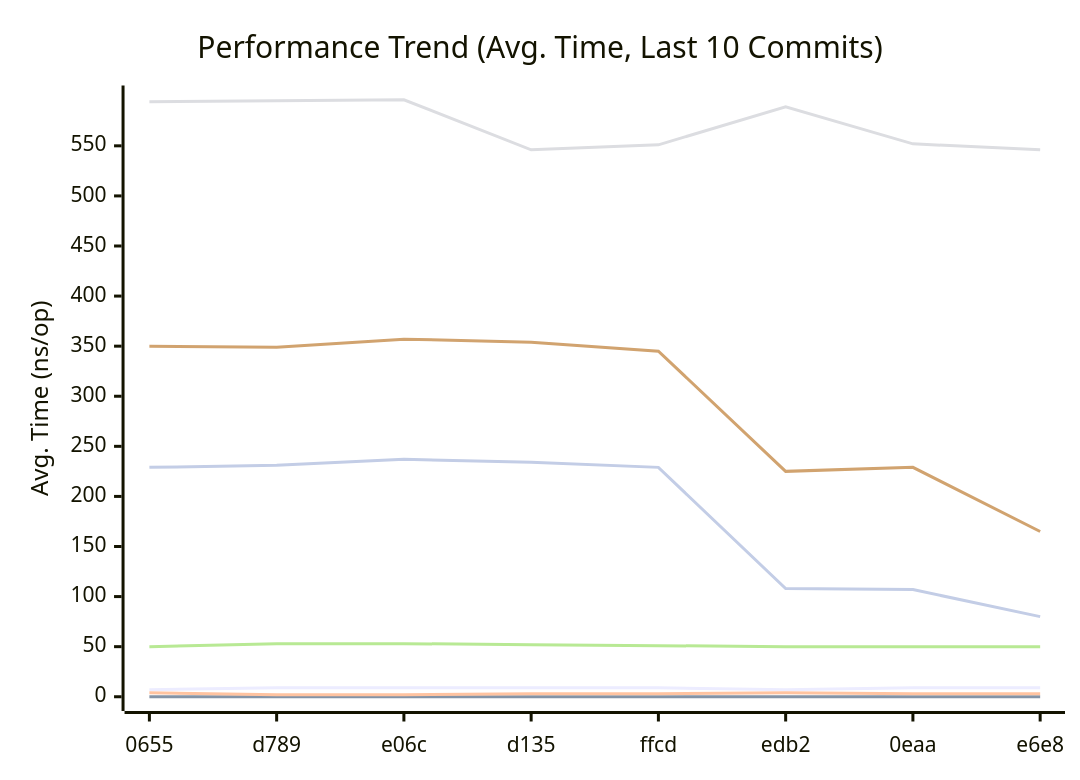
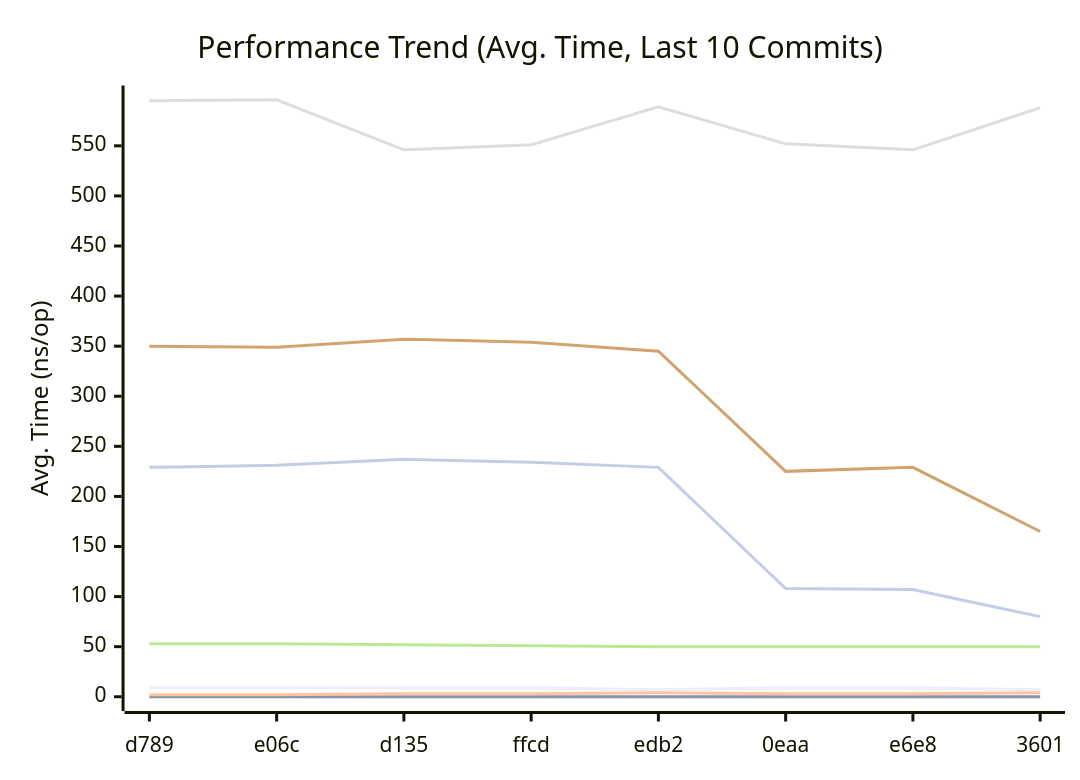
The first of 3 diagrams in docs/README.md (alsotoes/momo), drawn with Mermaid before and after one commit. The commit also changed other lines of this file and 1 other file, not shown here.

````diff
--- a/docs/README.md
+++ b/docs/README.md
@@ -303,14 +303,14 @@
 ```mermaid
 xychart-beta
     title "Performance Trend (Avg. Time, Last 10 Commits)"
     x-axis "Commit"
     y-axis "Avg. Time (ns/op)"
-    x-axis [0655,d789,e06c,d135,ffcd,edb2,0eaa,e6e8]
-    line "CheckMetricsAndSwap" [7,9,9,9,9,7,9,9,7,9]
+    x-axis [d789,e06c,d135,ffcd,edb2,0eaa,e6e8,3601]
+    line "CheckMetricsAndSwap" [9,9,9,9,7,9,9,7,9,9]
     line "IndexDirectTracking" [0,0,0,0,0,0,0,0,0,0]
-    line "IndexSearch" [4,2,2,3,3,4,3,3,4,3]
-    line "LoadGlobalConfig" [594,595,596,546,551,589,552,546,588,596]
-    line "PadString" [50,53,53,52,51,50,50,50,50,53]
+    line "IndexSearch" [2,2,3,3,4,3,3,4,3,4]
+    line "LoadGlobalConfig" [595,596,546,551,589,552,546,588,596,608]
+    line "PadString" [53,53,52,51,50,50,50,50,53,53]
     line "ParseReplicationOrder_NoPrealloc" [350,349,357,354,345,225,229,165,232,234]
     line "ParseReplicationOrder_Prealloc" [229,231,237,234,229,108,107,80,110,109]
 ```
````
